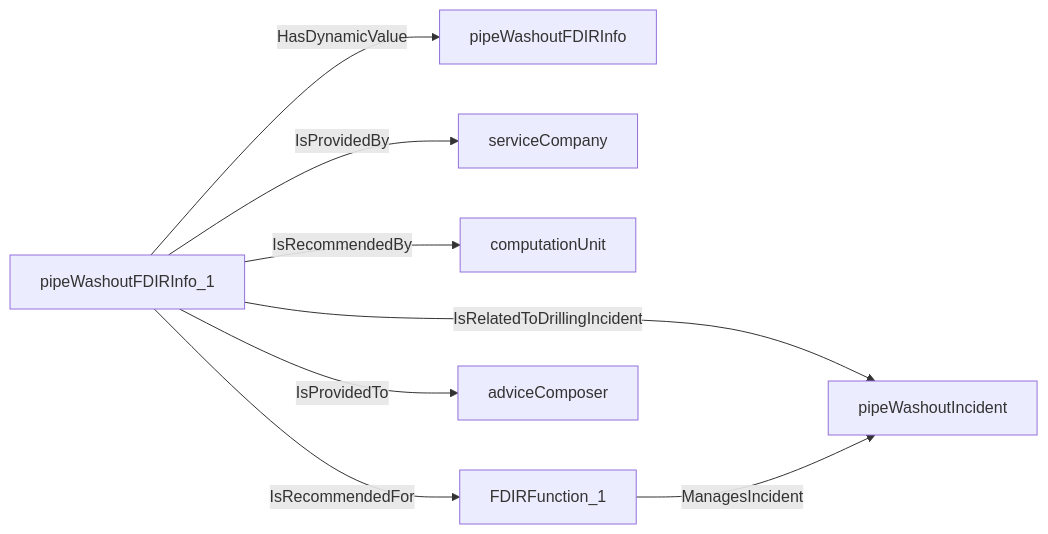
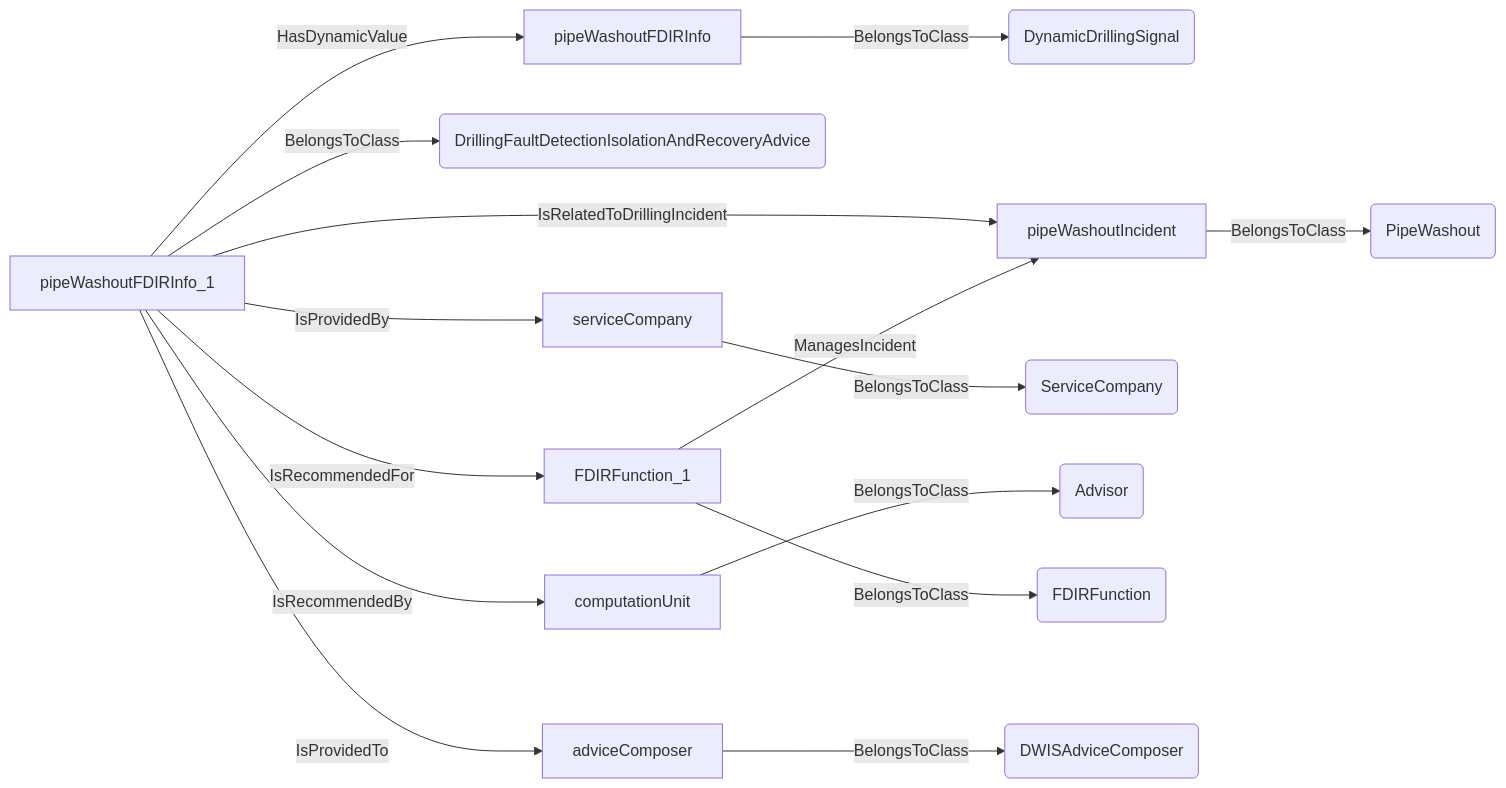
One commit to D-WIS/DDHub-Semantic-Interoperability changed the tenth of 17 diagrams in docs/vocabulary_development/auto-generated/md/definition-files/DrillingIncident.md. Above: the diagram before and after it, drawn with Mermaid. The commit also changed other lines of this file and 14 other files, not shown here.

````diff
--- a/docs/vocabulary_development/auto-generated/md/definition-files/DrillingIncident.md
+++ b/docs/vocabulary_development/auto-generated/md/definition-files/DrillingIncident.md
@@ -534,10 +646,17 @@
 ```mermaid
 graph LR
-	N0000[pipeWashoutFDIRInfo_1] -->|HasDynamicValue| N0001[pipeWashoutFDIRInfo] 
-	N0000[pipeWashoutFDIRInfo_1] -->|IsRelatedToDrillingIncident| N0002[pipeWashoutIncident] 
-	N0000[pipeWashoutFDIRInfo_1] -->|IsProvidedBy| N0003[serviceCompany] 
-	N0000[pipeWashoutFDIRInfo_1] -->|IsRecommendedBy| N0004[computationUnit] 
-	N0005[FDIRFunction_1] -->|ManagesIncident| N0002[pipeWashoutIncident] 
-	N0000[pipeWashoutFDIRInfo_1] -->|IsRecommendedFor| N0005[FDIRFunction_1] 
-	N0000[pipeWashoutFDIRInfo_1] -->|IsProvidedTo| N0006[adviceComposer] 
+	N0000[pipeWashoutFDIRInfo] -->|BelongsToClass| N0001(DynamicDrillingSignal) 
+	N0002[pipeWashoutFDIRInfo_1] -->|BelongsToClass| N0003(DrillingFaultDetectionIsolationAndRecoveryAdvice) 
+	N0002[pipeWashoutFDIRInfo_1] -->|HasDynamicValue| N0000[pipeWashoutFDIRInfo] 
+	N0004[pipeWashoutIncident] -->|BelongsToClass| N0005(PipeWashout) 
+	N0002[pipeWashoutFDIRInfo_1] -->|IsRelatedToDrillingIncident| N0004[pipeWashoutIncident] 
+	N0006[serviceCompany] -->|BelongsToClass| N0007(ServiceCompany) 
+	N0002[pipeWashoutFDIRInfo_1] -->|IsProvidedBy| N0006[serviceCompany] 
+	N0008[computationUnit] -->|BelongsToClass| N0009(Advisor) 
+	N0002[pipeWashoutFDIRInfo_1] -->|IsRecommendedBy| N0008[computationUnit] 
+	N0010[FDIRFunction_1] -->|BelongsToClass| N0011(FDIRFunction) 
+	N0010[FDIRFunction_1] -->|ManagesIncident| N0004[pipeWashoutIncident] 
+	N0002[pipeWashoutFDIRInfo_1] -->|IsRecommendedFor| N0010[FDIRFunction_1] 
+	N0012[adviceComposer] -->|BelongsToClass| N0013(DWISAdviceComposer) 
+	N0002[pipeWashoutFDIRInfo_1] -->|IsProvidedTo| N0012[adviceComposer] 
 ```
````
